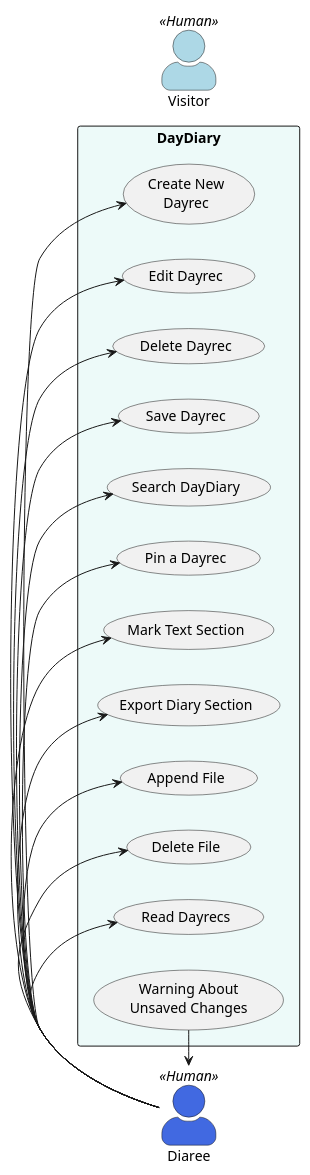
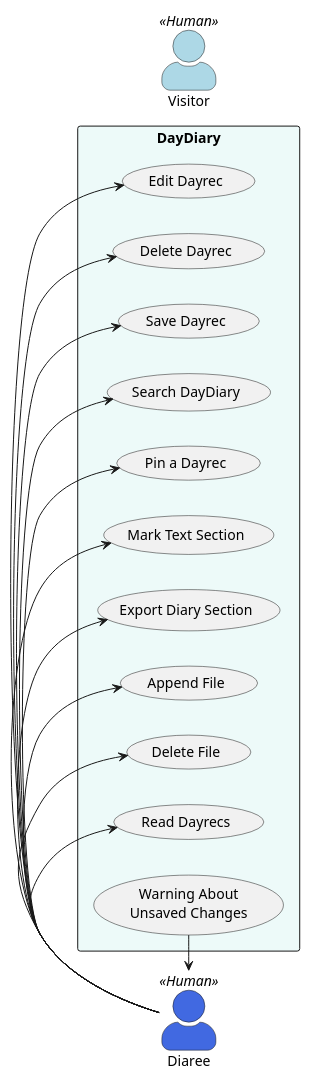
One commit to gabrijelokorn/daydiary changed the first of 3 diagrams in docs/requirements-gathering/usecase.puml. Above: the diagram before and after it, drawn with PlantUML. The commit also changed other lines of this file and 1 other file, not shown here.

```diff
--- a/docs/requirements-gathering/usecase.puml
+++ b/docs/requirements-gathering/usecase.puml
@@ -67,38 +2,36 @@
 @startuml
 left to right direction
 skinparam actorStyle awesome
 
 actor Diaree <<Human>> #royalblue 
 actor Visitor <<Human>> #lightblue
 
 rectangle DayDiary #edfaf9 {
   usecase search as "Search DayDiary"
-  usecase createDayrec as "Create New\nDayrec"
   usecase edit as "Edit Dayrec"
   usecase delete as "Delete Dayrec"
   usecase save as "Save Dayrec"
   usecase append as "Append File"
   usecase deleteFile as "Delete File"
   usecase read as "Read Dayrecs"
 
   usecase pin as "Pin a Dayrec"
   usecase mark as "Mark Text Section"
 
   usecase export as "Export Diary Section"
 
 usecase warning as "Warning About\nUnsaved Changes"
 }
-Diaree  -> createDayrec
 Diaree  -> edit
 Diaree  -> delete
 Diaree  -> save
 Diaree  -> search
 Diaree  -> pin
 Diaree  -> mark
 Diaree  -> export
 Diaree  -> append
 Diaree  -> deleteFile
 Diaree  -> read
 warning -> Diaree
 
 @enduml
```
